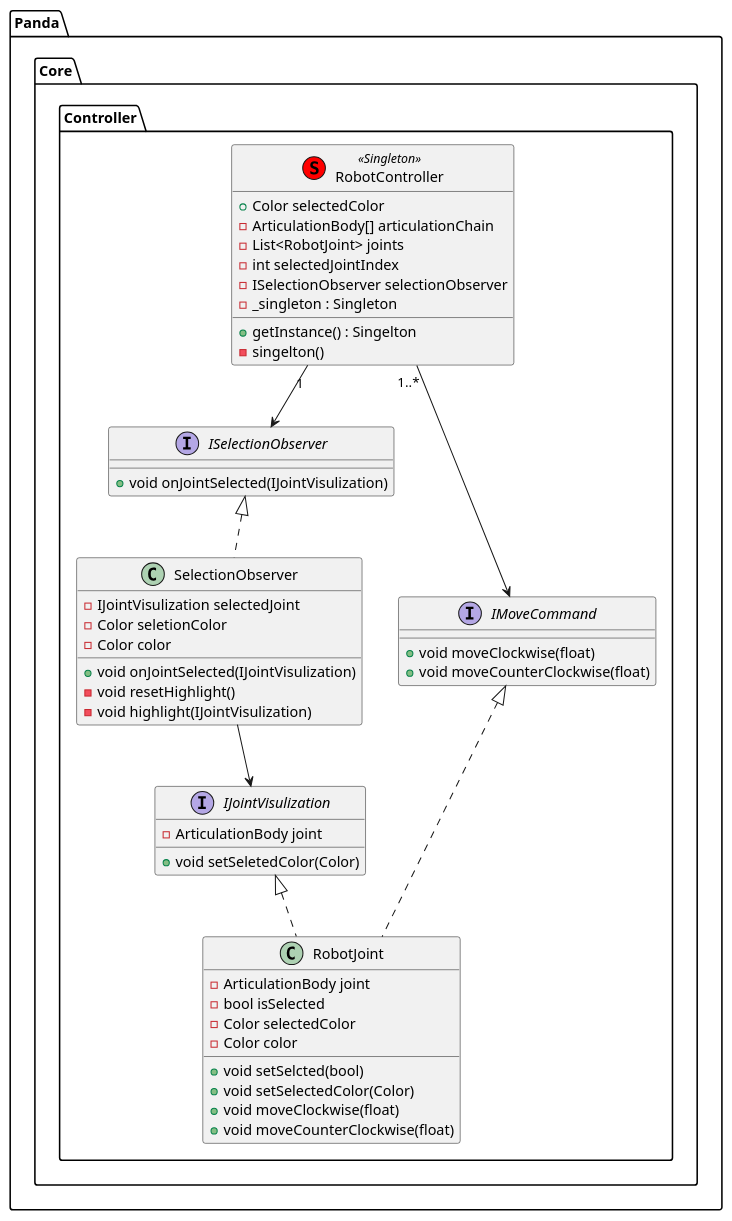
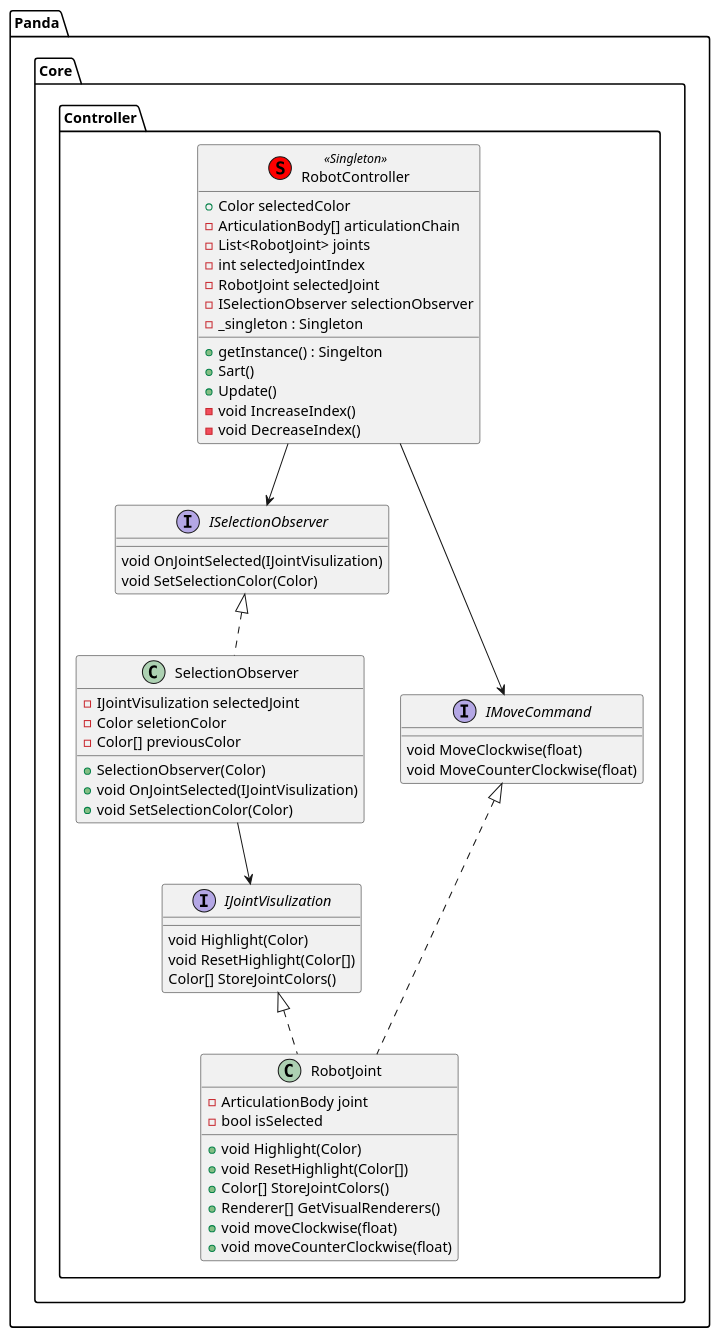
One commit to VincentMSchmitt/ROS-Unity-Panda changed the diagram in Unity/UnityTestProject/Assets/Scripts/01 Core/Controller/UML_ClassDiagram.Controller.wsd. Above: the diagram before and after it, drawn with PlantUML. The commit also changed 34 other files, not shown here.

```diff
--- a/Unity/UnityTestProject/Assets/Scripts/01 Core/Controller/UML_ClassDiagram.Controller.wsd
+++ b/Unity/UnityTestProject/Assets/Scripts/01 Core/Controller/UML_ClassDiagram.Controller.wsd
@@ -1,59 +1,64 @@
 @startuml RobotController
 
 namespace Panda.Core.Controller {
     class RobotController << (S,red) Singleton >> {
         +Color selectedColor
         -ArticulationBody[] articulationChain
         -List<RobotJoint> joints
         -int selectedJointIndex
+        -RobotJoint selectedJoint
         -ISelectionObserver selectionObserver
         -_singleton : Singleton
 
         +getInstance() : Singelton
-        -singelton()
+        +Sart()
+        +Update()
+        -void IncreaseIndex()
+        -void DecreaseIndex()
     }
 
     interface ISelectionObserver {
-        +void onJointSelected(IJointVisulization)
+        void OnJointSelected(IJointVisulization)
+        void SetSelectionColor(Color)
     }
 
     interface IJointVisulization {
-        -ArticulationBody joint
-
-        +void setSeletedColor(Color)
+        void Highlight(Color)
+        void ResetHighlight(Color[])
+        Color[] StoreJointColors()
     }
 
     interface IMoveCommand {
-        +void moveClockwise(float)
-        +void moveCounterClockwise(float)
+        void MoveClockwise(float)
+        void MoveCounterClockwise(float)
     }
 
     class SelectionObserver implements ISelectionObserver{
         -IJointVisulization selectedJoint
         -Color seletionColor
-        -Color color
+        -Color[] previousColor
     
-        +void onJointSelected(IJointVisulization)
-        -void resetHighlight()
-        -void highlight(IJointVisulization)
+        +SelectionObserver(Color)
+        +void OnJointSelected(IJointVisulization)
+        +void SetSelectionColor(Color)
     }
 
     class RobotJoint implements IMoveCommand, IJointVisulization {
         -ArticulationBody joint
         -bool isSelected
-        -Color selectedColor
-        -Color color
 
-        +void setSelcted(bool)
-        +void setSelectedColor(Color)
+        +void Highlight(Color)
+        +void ResetHighlight(Color[])
+        +Color[] StoreJointColors()
+        +Renderer[] GetVisualRenderers()
         +void moveClockwise(float)
         +void moveCounterClockwise(float)
     }
 
     ' Observer
-    RobotController "1" --> ISelectionObserver
-    RobotController "1..*" --> IMoveCommand
+    RobotController --> ISelectionObserver
+    RobotController --> IMoveCommand
     SelectionObserver --> IJointVisulization
 }
 
 @enduml
```
